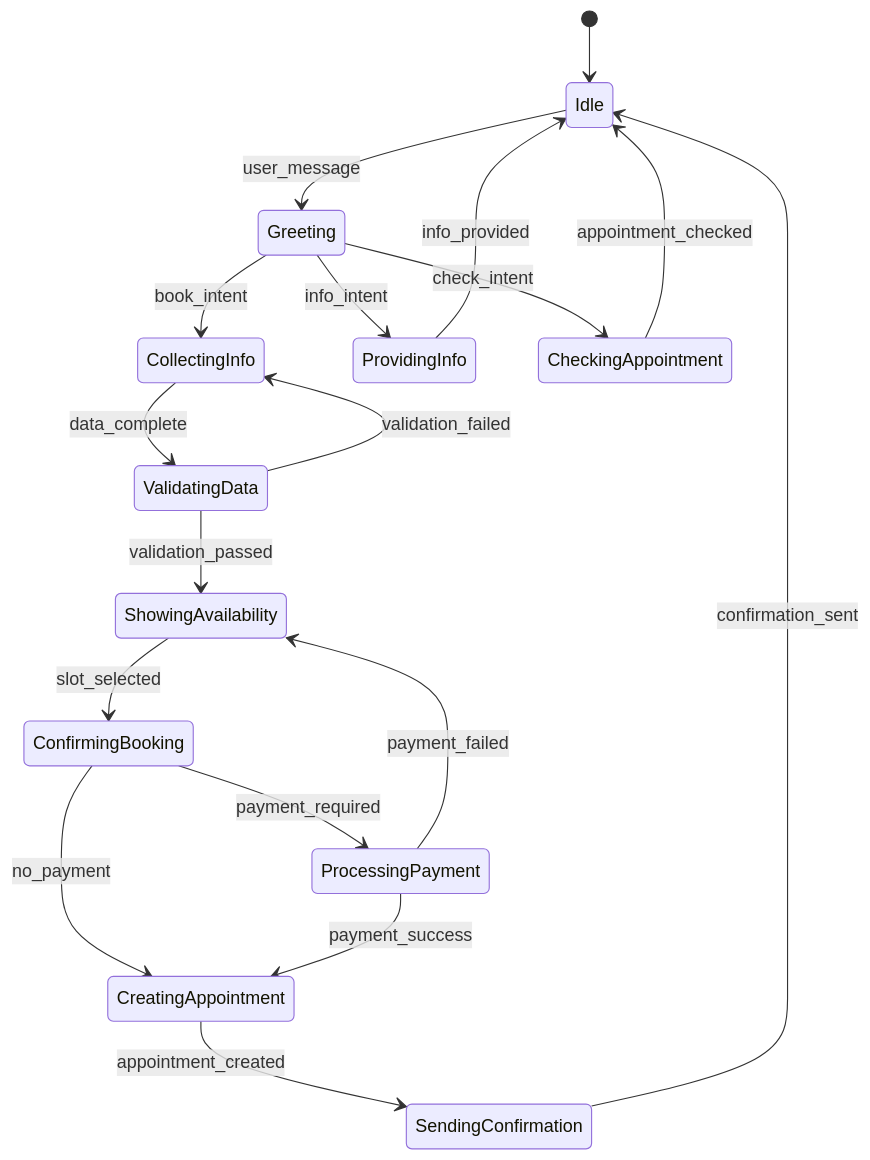
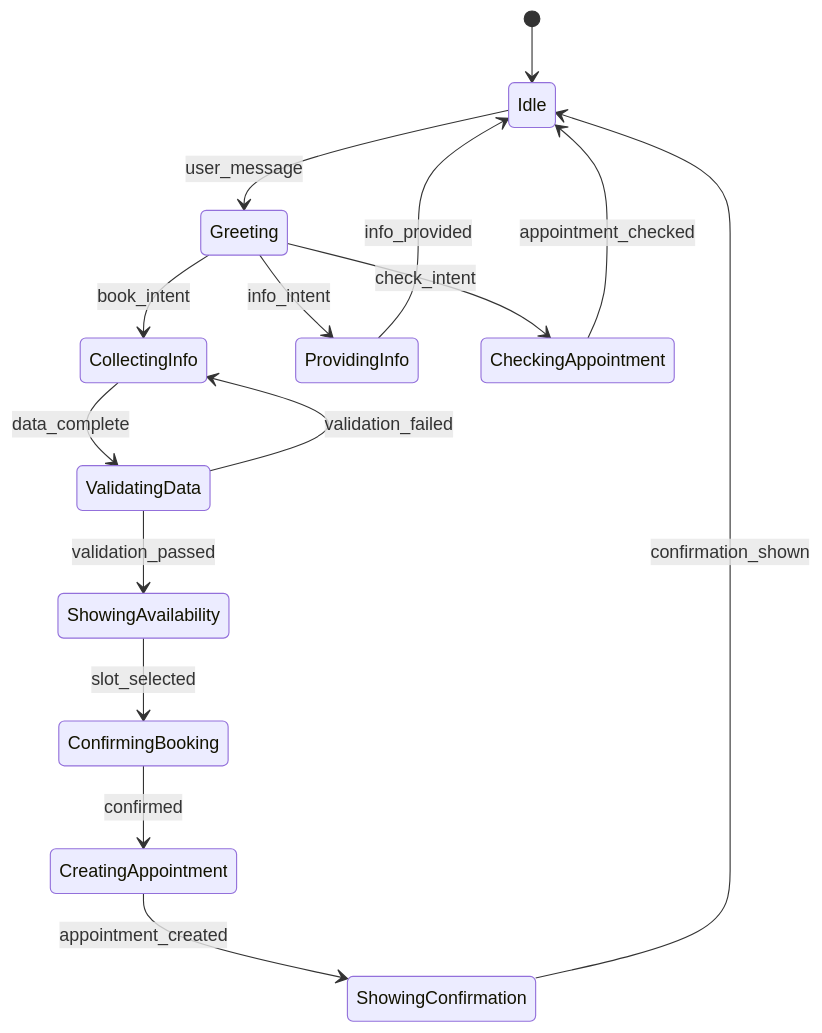
Before and after one commit to horacefonseca/ped_ass_chatbot: the fifth of 6 diagrams in chatbot_design_document.md, drawn with Mermaid. The commit also changed other lines of this file and 14 other files, not shown here.

````diff
--- a/chatbot_design_document.md
+++ b/chatbot_design_document.md
@@ -272,25 +269,20 @@
 ```mermaid
 stateDiagram-v2
     [*] --> Idle
     Idle --> Greeting : user_message
     Greeting --> CollectingInfo : book_intent
     Greeting --> ProvidingInfo : info_intent
     Greeting --> CheckingAppointment : check_intent
     
     CollectingInfo --> ValidatingData : data_complete
     ValidatingData --> CollectingInfo : validation_failed
     ValidatingData --> ShowingAvailability : validation_passed
     
     ShowingAvailability --> ConfirmingBooking : slot_selected
-    ConfirmingBooking --> ProcessingPayment : payment_required
-    ConfirmingBooking --> CreatingAppointment : no_payment
-    
-    ProcessingPayment --> CreatingAppointment : payment_success
-    ProcessingPayment --> ShowingAvailability : payment_failed
-    
-    CreatingAppointment --> SendingConfirmation : appointment_created
-    SendingConfirmation --> Idle : confirmation_sent
+    ConfirmingBooking --> CreatingAppointment : confirmed
+    CreatingAppointment --> ShowingConfirmation : appointment_created
+    ShowingConfirmation --> Idle : confirmation_shown
     
     ProvidingInfo --> Idle : info_provided
     CheckingAppointment --> Idle : appointment_checked
 ```
````
